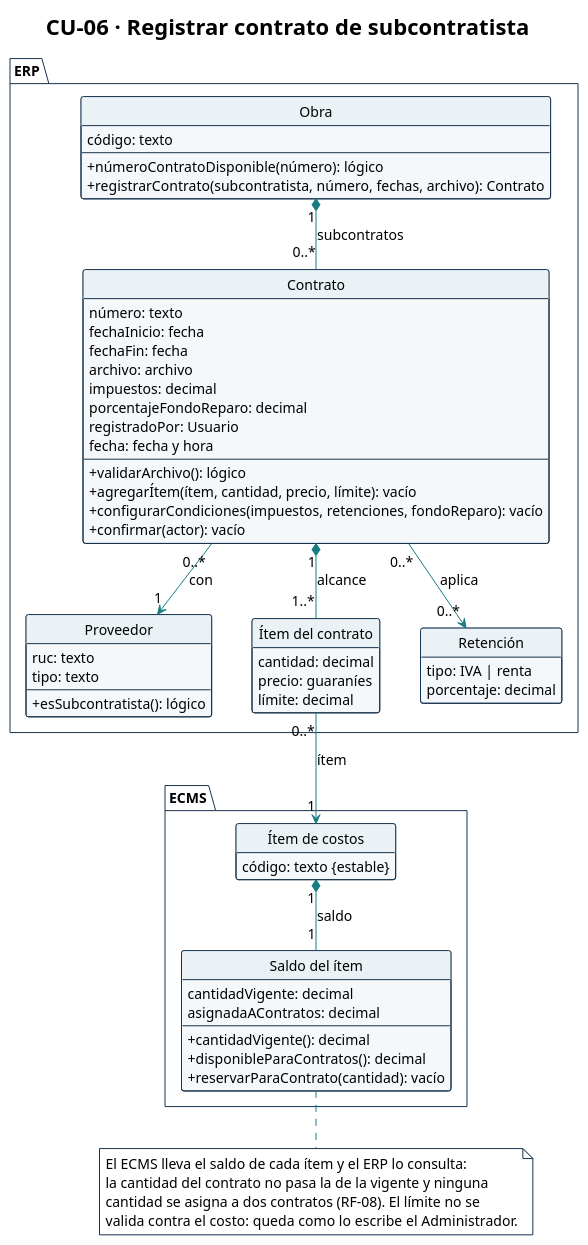
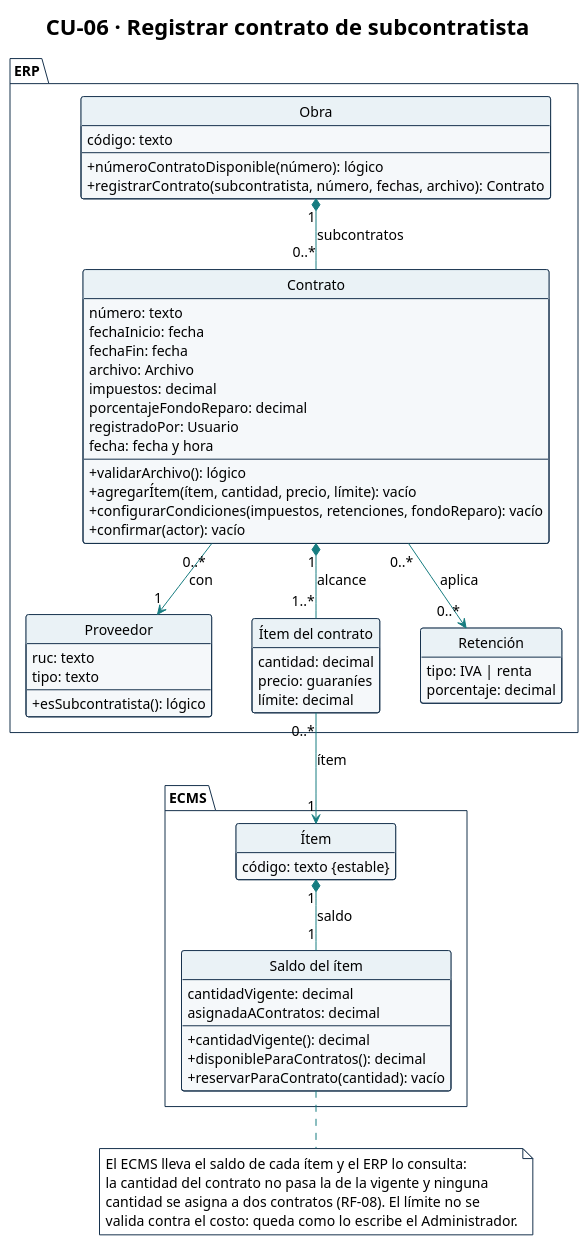
The diagram in diagramas/CU-06-clases.puml (Ssrrb/tpf-uca), drawn with PlantUML before and after one commit. The commit also changed 9 other files, not shown here.

First line of the commit message:
Diagrama de subsistemas (TPC 07) y avance de la pasada de consistencia

```diff
--- a/diagramas/CU-06-clases.puml
+++ b/diagramas/CU-06-clases.puml
@@ -1,100 +1,100 @@
 @startuml
 !theme plain
 skinparam style strictuml
 title CU-06 · Registrar contrato de subcontratista
 hide circle
 hide empty methods
 hide empty fields
 skinparam shadowing false
 skinparam classAttributeIconSize 0
 skinparam defaultFontName Arial
 skinparam defaultFontSize 14
 skinparam nodesep 40
 skinparam ranksep 50
 skinparam ArrowColor #167C80
 skinparam class {
   BackgroundColor #F5F8FA
   BorderColor #17324D
   HeaderBackgroundColor #EAF2F6
 }
 skinparam package {
   BackgroundColor #FFFFFF
   BorderColor #17324D
 }
 skinparam note {
   BackgroundColor #FFFFFF
   BorderColor #17324D
 }
 package "ERP" {
   class Obra {
     código: texto
     --
     + númeroContratoDisponible(número): lógico
     + registrarContrato(subcontratista, número, fechas, archivo): Contrato
   }
 
   class Proveedor {
     ruc: texto
     tipo: texto
     --
     + esSubcontratista(): lógico
   }
 
   class Contrato {
     número: texto
     fechaInicio: fecha
     fechaFin: fecha
-    archivo: archivo
+    archivo: Archivo
     impuestos: decimal
     porcentajeFondoReparo: decimal
     registradoPor: Usuario
     fecha: fecha y hora
     --
     + validarArchivo(): lógico
     + agregarÍtem(ítem, cantidad, precio, límite): vacío
     + configurarCondiciones(impuestos, retenciones, fondoReparo): vacío
     + confirmar(actor): vacío
   }
 
   class "Ítem del contrato" as ItemContrato {
     cantidad: decimal
     precio: guaraníes
     límite: decimal
   }
 
   class "Retención" as Retencion {
     tipo: IVA | renta
     porcentaje: decimal
   }
 }
 
 package "ECMS" {
   class "Saldo del ítem" as SaldoItem {
     cantidadVigente: decimal
     asignadaAContratos: decimal
     --
     + cantidadVigente(): decimal
     + disponibleParaContratos(): decimal
     + reservarParaContrato(cantidad): vacío
   }
 
-  class "Ítem de costos" as ItemCostos {
+  class "Ítem" as Item {
     código: texto {estable}
   }
 }
 
 Obra "1" *-- "0..*" Contrato : subcontratos
 Contrato "0..*" --> "1" Proveedor : con
 Contrato "1" *-- "1..*" ItemContrato : alcance
-ItemContrato "0..*" --> "1" ItemCostos : ítem
-ItemCostos "1" *-- "1" SaldoItem : saldo
+ItemContrato "0..*" --> "1" Item : ítem
+Item "1" *-- "1" SaldoItem : saldo
 Contrato "0..*" --> "0..*" Retencion : aplica
 
 note bottom of SaldoItem
   El ECMS lleva el saldo de cada ítem y el ERP lo consulta:
   la cantidad del contrato no pasa la de la vigente y ninguna
   cantidad se asigna a dos contratos (RF-08). El límite no se
   valida contra el costo: queda como lo escribe el Administrador.
 end note
 
 @enduml
```
